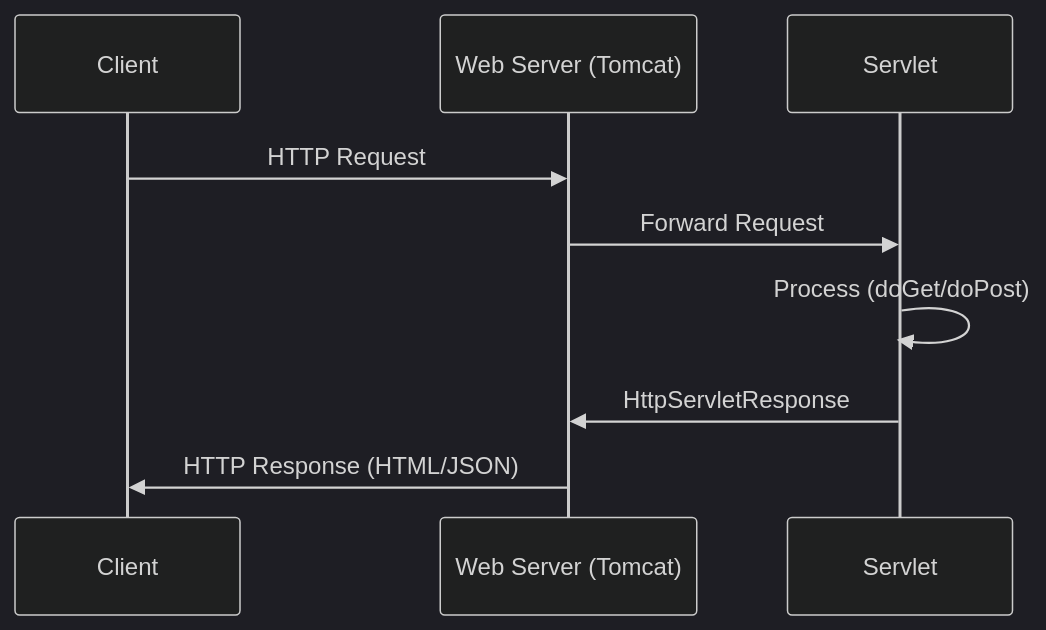
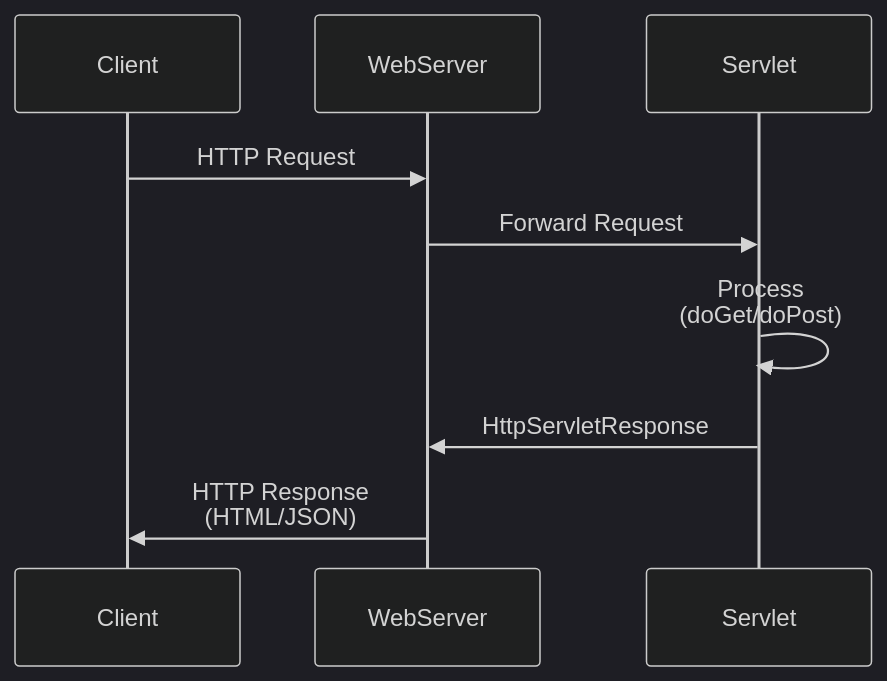
The first of 2 diagrams in 02-Semester-VI/CS-351-MJ-T-Advanced-Java/Unit-4.md (amitdevx/TY), drawn with Mermaid (dark theme) before and after one commit. The commit also changed 65 other files, not shown here.

Commit message:
fix:graph vertical

````diff
--- a/02-Semester-VI/CS-351-MJ-T-Advanced-Java/Unit-4.md
+++ b/02-Semester-VI/CS-351-MJ-T-Advanced-Java/Unit-4.md
@@ -46,12 +46,12 @@
 ```mermaid
 sequenceDiagram
   participant Client
-  participant WebServer as Web Server (Tomcat)
+  participant WebServer
   participant Servlet
 
   Client->>WebServer: HTTP Request
   WebServer->>Servlet: Forward Request
-  Servlet->>Servlet: Process (doGet/doPost)
+  Servlet->>Servlet: Process<br/>(doGet/doPost)
   Servlet->>WebServer: HttpServletResponse
-  WebServer->>Client: HTTP Response (HTML/JSON)
+  WebServer->>Client: HTTP Response<br/>(HTML/JSON)
 ```
````
